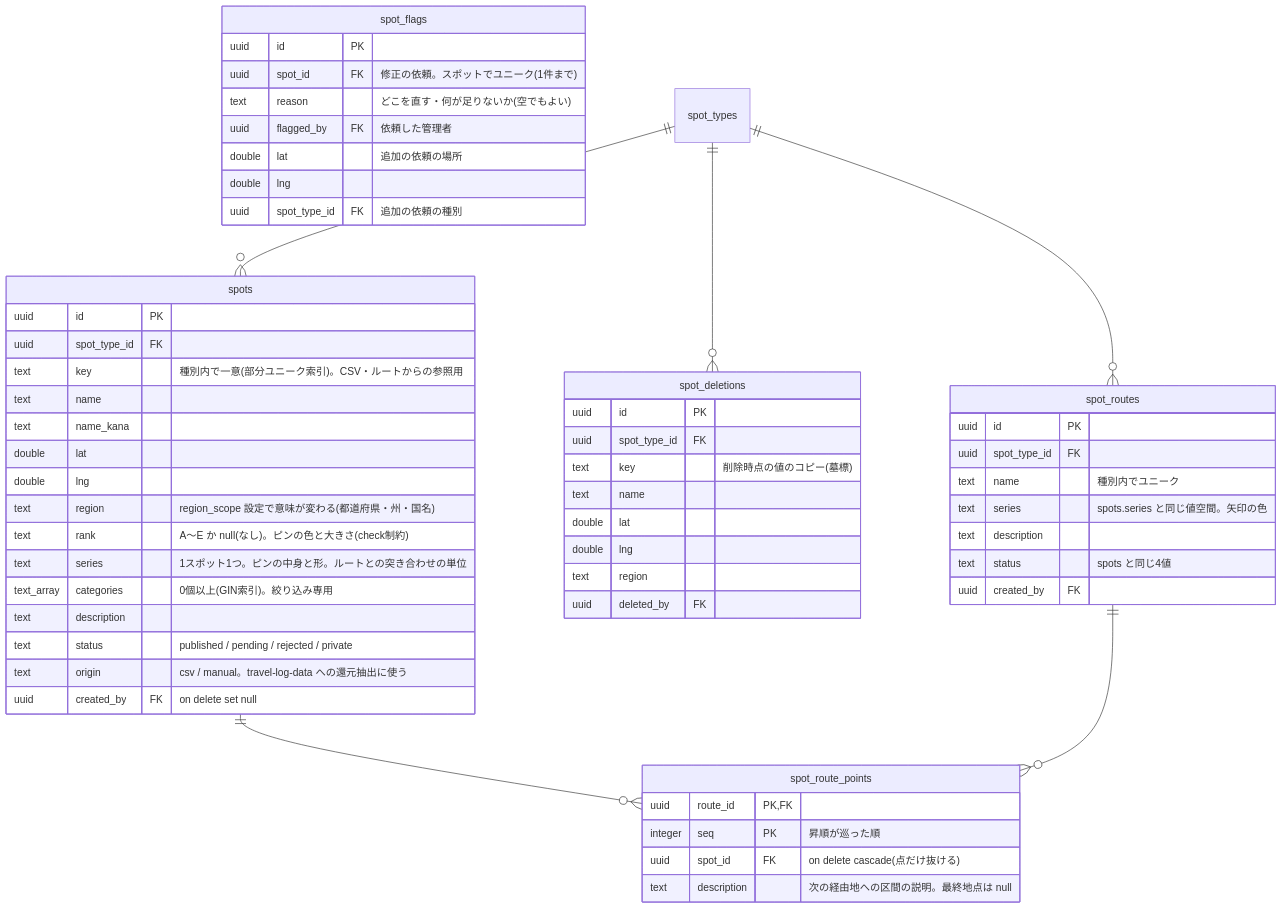
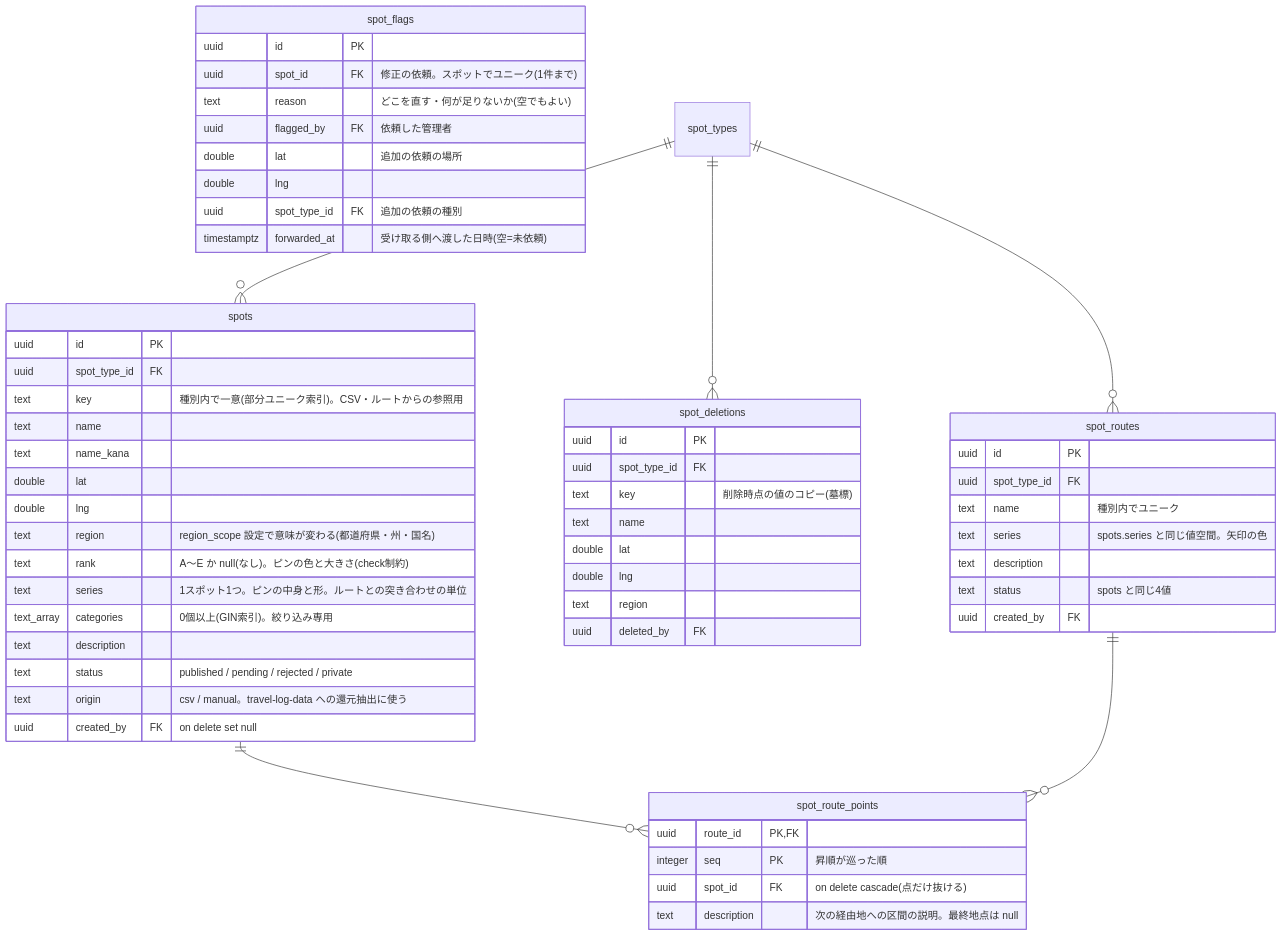
The fourth of 5 diagrams in docs/database.md (rtcode337/travel-log), drawn with Mermaid before and after one commit. The commit also changed other lines of this file and 10 other files, not shown here.

First line of the commit message:
修正・追加の依頼に未依頼/対応中を持たせ、自分の依頼を地図に出す

````diff
--- a/docs/database.md
+++ b/docs/database.md
@@ -144,59 +144,60 @@
 ```mermaid
 erDiagram
     spots {
         uuid id PK
         uuid spot_type_id FK
         text key "種別内で一意(部分ユニーク索引)。CSV・ルートからの参照用"
         text name
         text name_kana
         double lat
         double lng
         text region "region_scope 設定で意味が変わる(都道府県・州・国名)"
         text rank "A〜E か null(なし)。ピンの色と大きさ(check制約)"
         text series "1スポット1つ。ピンの中身と形。ルートとの突き合わせの単位"
         text_array categories "0個以上(GIN索引)。絞り込み専用"
         text description
         text status "published / pending / rejected / private"
         text origin "csv / manual。travel-log-data への還元抽出に使う"
         uuid created_by FK "on delete set null"
     }
     spot_deletions {
         uuid id PK
         uuid spot_type_id FK
         text key "削除時点の値のコピー(墓標)"
         text name
         double lat
         double lng
         text region
         uuid deleted_by FK
     }
     spot_flags {
         uuid id PK
         uuid spot_id FK "修正の依頼。スポットでユニーク(1件まで)"
         text reason "どこを直す・何が足りないか(空でもよい)"
         uuid flagged_by FK "依頼した管理者"
         double lat "追加の依頼の場所"
         double lng
         uuid spot_type_id FK "追加の依頼の種別"
+        timestamptz forwarded_at "受け取る側へ渡した日時(空=未依頼)"
     }
     spot_routes {
         uuid id PK
         uuid spot_type_id FK
         text name "種別内でユニーク"
         text series "spots.series と同じ値空間。矢印の色"
         text description
         text status "spots と同じ4値"
         uuid created_by FK
     }
     spot_route_points {
         uuid route_id PK, FK
         integer seq PK "昇順が巡った順"
         uuid spot_id FK "on delete cascade(点だけ抜ける)"
         text description "次の経由地への区間の説明。最終地点は null"
     }
     spot_types ||--o{ spots : ""
     spot_types ||--o{ spot_deletions : ""
     spot_types ||--o{ spot_routes : ""
     spots ||--o{ spot_route_points : ""
     spot_routes ||--o{ spot_route_points : ""
 ```
````
